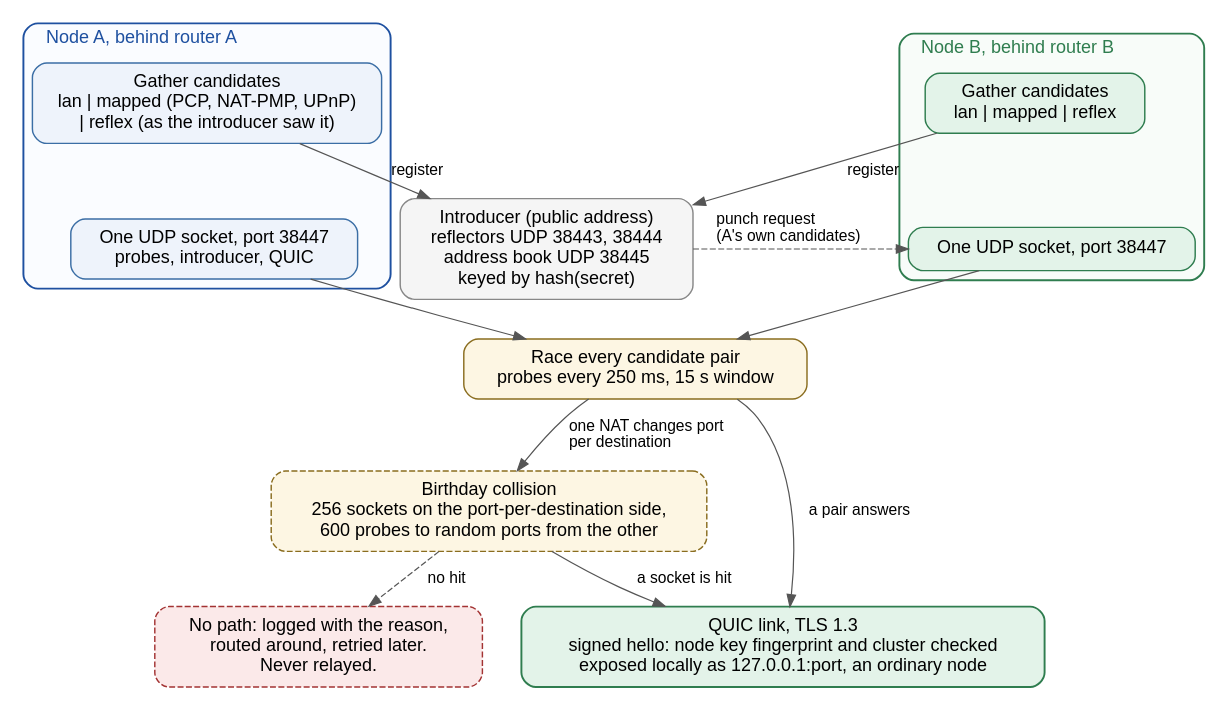
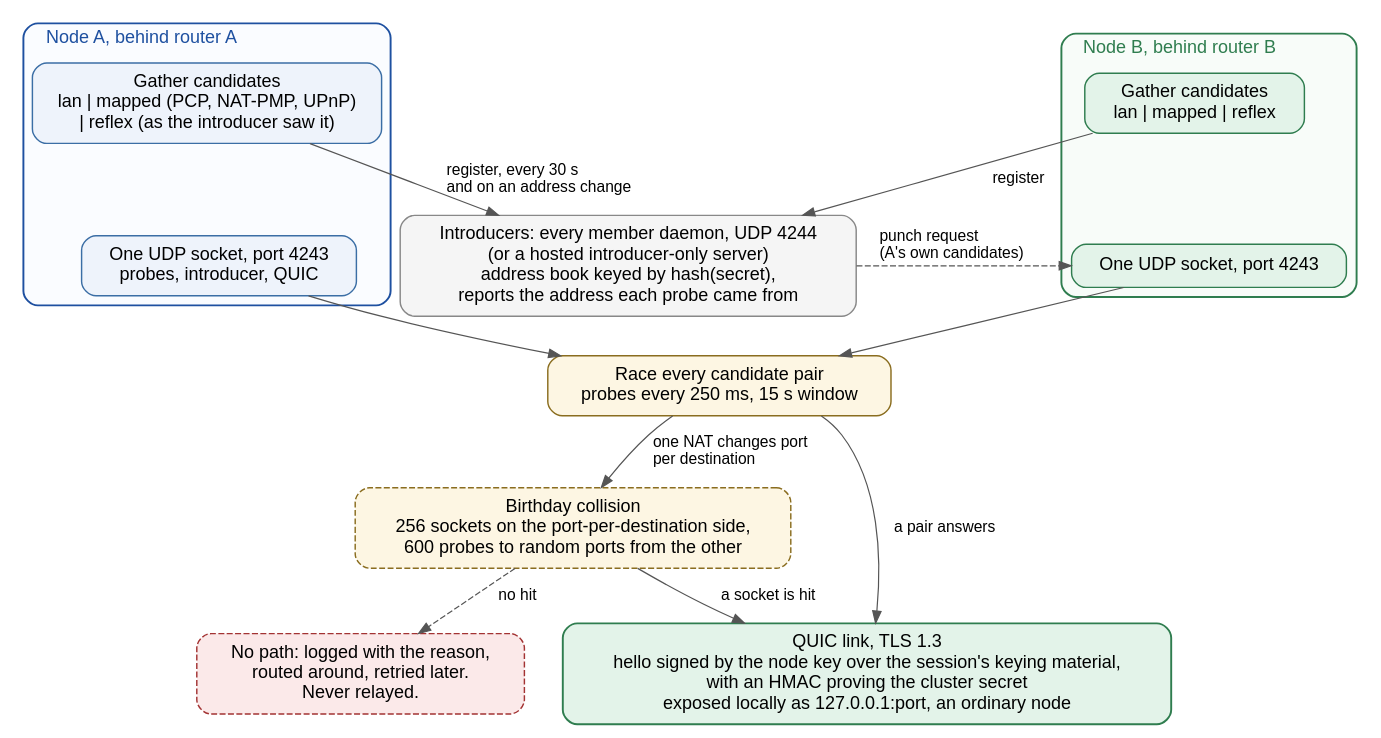
One commit to vinayakyadav2709/Pipedpeer changed the diagram in docs/diagrams/src/fig_4.1_nat_traversal.dot. Above: the diagram before and after it, drawn with Graphviz. The commit also changed 28 other files, not shown here.

```diff
--- a/docs/diagrams/src/fig_4.1_nat_traversal.dot
+++ b/docs/diagrams/src/fig_4.1_nat_traversal.dot
@@ -1,40 +1,42 @@
 // Figure 4.1 - Joining across networks.
 // Two nodes behind different routers; the introducer only exchanges addresses.
+// Every daemon serves the introducer for its own cluster (UDP 4244); a node
+// registers with every introducer it knows.
 digraph NAT {
   rankdir=TB; bgcolor="white"; nodesep=0.45; ranksep=0.45; compound=true;
   node [fontname="Helvetica", fontsize=15, shape=box, style="rounded,filled",
         fillcolor="#eef3fb", color="#3b6ea5", penwidth=1.2, margin="0.18,0.11"];
   edge [fontname="Helvetica", fontsize=13, color="#555555"];
 
-  intro [label="Introducer (public address)\nreflectors UDP 38443, 38444\naddress book UDP 38445\nkeyed by hash(secret)", fillcolor="#f5f5f5", color="#888888"];
+  intro [label="Introducers: every member daemon, UDP 4244\n(or a hosted introducer-only server)\naddress book keyed by hash(secret),\nreports the address each probe came from", fillcolor="#f5f5f5", color="#888888"];
 
   subgraph cluster_a {
     label="Node A, behind router A"; labeljust=l; fontsize=15; fontname="Helvetica";
     style="rounded"; color="#1e50a0"; penwidth=1.6; bgcolor="#fafcff"; fontcolor="#1e50a0";
     a1 [label="Gather candidates\nlan | mapped (PCP, NAT-PMP, UPnP)\n| reflex (as the introducer saw it)"];
-    a2 [label="One UDP socket, port 38447\nprobes, introducer, QUIC"];
+    a2 [label="One UDP socket, port 4243\nprobes, introducer, QUIC"];
     a1 -> a2 [style=invis];
   }
   subgraph cluster_b {
     label="Node B, behind router B"; labeljust=l; fontsize=15; fontname="Helvetica";
     style="rounded"; color="#2f7d4f"; penwidth=1.6; bgcolor="#f8fcf9"; fontcolor="#2f7d4f";
     node [fillcolor="#e3f3e9", color="#2f7d4f"];
     b1 [label="Gather candidates\nlan | mapped | reflex"];
-    b2 [label="One UDP socket, port 38447"];
+    b2 [label="One UDP socket, port 4243"];
     b1 -> b2 [style=invis];
   }
 
   race [label="Race every candidate pair\nprobes every 250 ms, 15 s window", fillcolor="#fdf6e3", color="#8a6d1f"];
   bday [label="Birthday collision\n256 sockets on the port-per-destination side,\n600 probes to random ports from the other", fillcolor="#fdf6e3", color="#8a6d1f", style="rounded,filled,dashed"];
-  quic [label="QUIC link, TLS 1.3\nsigned hello: node key fingerprint and cluster checked\nexposed locally as 127.0.0.1:port, an ordinary node", fillcolor="#e3f3e9", color="#2f7d4f", penwidth=1.6];
+  quic [label="QUIC link, TLS 1.3\nhello signed by the node key over the session's keying material,\nwith an HMAC proving the cluster secret\nexposed locally as 127.0.0.1:port, an ordinary node", fillcolor="#e3f3e9", color="#2f7d4f", penwidth=1.6];
   none [label="No path: logged with the reason,\nrouted around, retried later.\nNever relayed.", fillcolor="#fbe9e9", color="#a33333", style="rounded,filled,dashed"];
 
-  a1 -> intro [label="  register  "];
+  a1 -> intro [label="  register, every 30 s\l  and on an address change\l"];
   b1 -> intro [label="  register  "];
   intro -> b2 [label="  punch request\l  (A's own candidates)\l", style=dashed];
   a2 -> race; b2 -> race;
   race -> quic [label="  a pair answers  "];
   race -> bday [label="  one NAT changes port\l  per destination\l"];
   bday -> quic [label="  a socket is hit  "];
   bday -> none [label="  no hit  ", style=dashed];
 }
```
